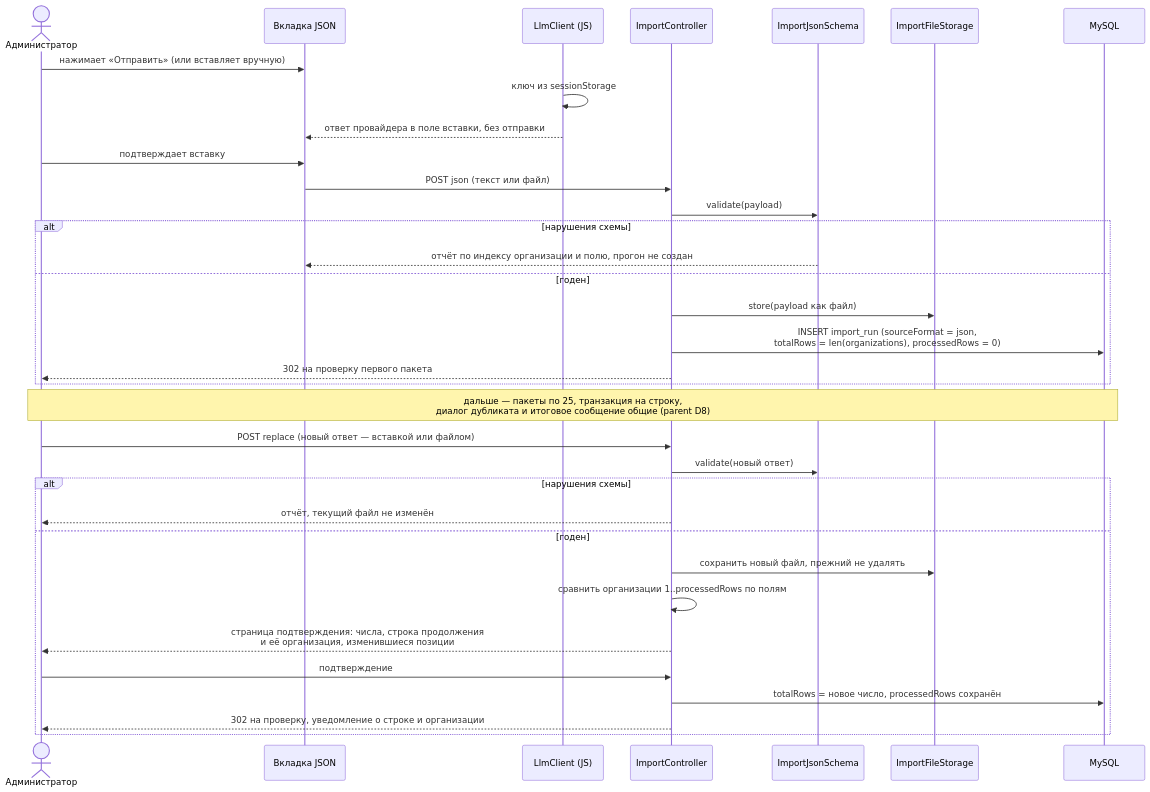
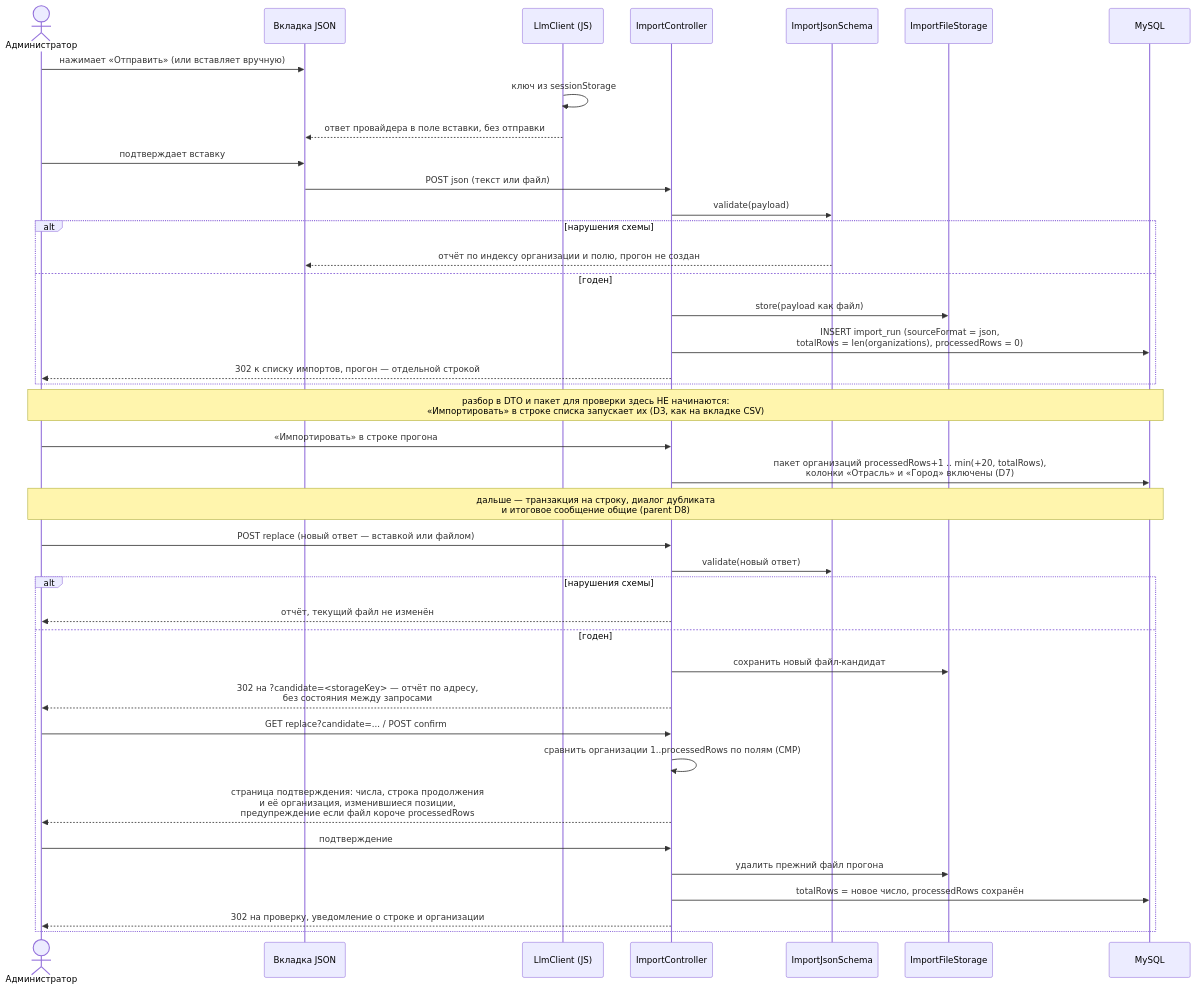
One commit to AliakseiBurak/crm-one changed the third of 3 diagrams in openspec/changes/add-organizations-json-import/design.md. Above: the diagram before and after it, drawn with Mermaid. The commit also changed other lines of this file and 4 other files, not shown here.

````diff
--- a/openspec/changes/add-organizations-json-import/design.md
+++ b/openspec/changes/add-organizations-json-import/design.md
@@ -307,39 +455,46 @@
 ```mermaid
 sequenceDiagram
     actor Admin as Администратор
     participant Page as Вкладка JSON
     participant LLMJS as LlmClient (JS)
     participant IC as ImportController
     participant SCH as ImportJsonSchema
     participant ST as ImportFileStorage
     participant DB as MySQL
 
     Admin->>Page: нажимает «Отправить» (или вставляет вручную)
     LLMJS->>LLMJS: ключ из sessionStorage
     LLMJS-->>Page: ответ провайдера в поле вставки, без отправки
     Admin->>Page: подтверждает вставку
     Page->>IC: POST json (текст или файл)
     IC->>SCH: validate(payload)
     alt нарушения схемы
         SCH-->>Page: отчёт по индексу организации и полю, прогон не создан
     else годен
         IC->>ST: store(payload как файл)
         IC->>DB: INSERT import_run (sourceFormat = json,<br/>totalRows = len(organizations), processedRows = 0)
-        IC-->>Admin: 302 на проверку первого пакета
+        IC-->>Admin: 302 к списку импортов, прогон — отдельной строкой
     end
 
-    Note over Admin,DB: дальше — пакеты по 25, транзакция на строку,<br/>диалог дубликата и итоговое сообщение общие (parent D8)
+    Note over Admin,DB: разбор в DTO и пакет для проверки здесь НЕ начинаются:<br/>«Импортировать» в строке списка запускает их (D3, как на вкладке CSV)
+
+    Admin->>IC: «Импортировать» в строке прогона
+    IC->>DB: пакет организаций processedRows+1 .. min(+20, totalRows),<br/>колонки «Отрасль» и «Город» включены (D7)
+    Note over Admin,DB: дальше — транзакция на строку, диалог дубликата<br/>и итоговое сообщение общие (parent D8)
 
     Admin->>IC: POST replace (новый ответ — вставкой или файлом)
     IC->>SCH: validate(новый ответ)
     alt нарушения схемы
         IC-->>Admin: отчёт, текущий файл не изменён
     else годен
-        IC->>ST: сохранить новый файл, прежний не удалять
-        IC->>IC: сравнить организации 1..processedRows по полям
-        IC-->>Admin: страница подтверждения: числа, строка продолжения<br/>и её организация, изменившиеся позиции
+        IC->>ST: сохранить новый файл-кандидат
+        IC-->>Admin: 302 на ?candidate=<storageKey> — отчёт по адресу,<br/>без состояния между запросами
+        Admin->>IC: GET replace?candidate=... / POST confirm
+        IC->>IC: сравнить организации 1..processedRows по полям (CMP)
+        IC-->>Admin: страница подтверждения: числа, строка продолжения<br/>и её организация, изменившиеся позиции,<br/>предупреждение если файл короче processedRows
         Admin->>IC: подтверждение
+        IC->>ST: удалить прежний файл прогона
         IC->>DB: totalRows = новое число, processedRows сохранён
         IC-->>Admin: 302 на проверку, уведомление о строке и организации
     end
 ```
````
